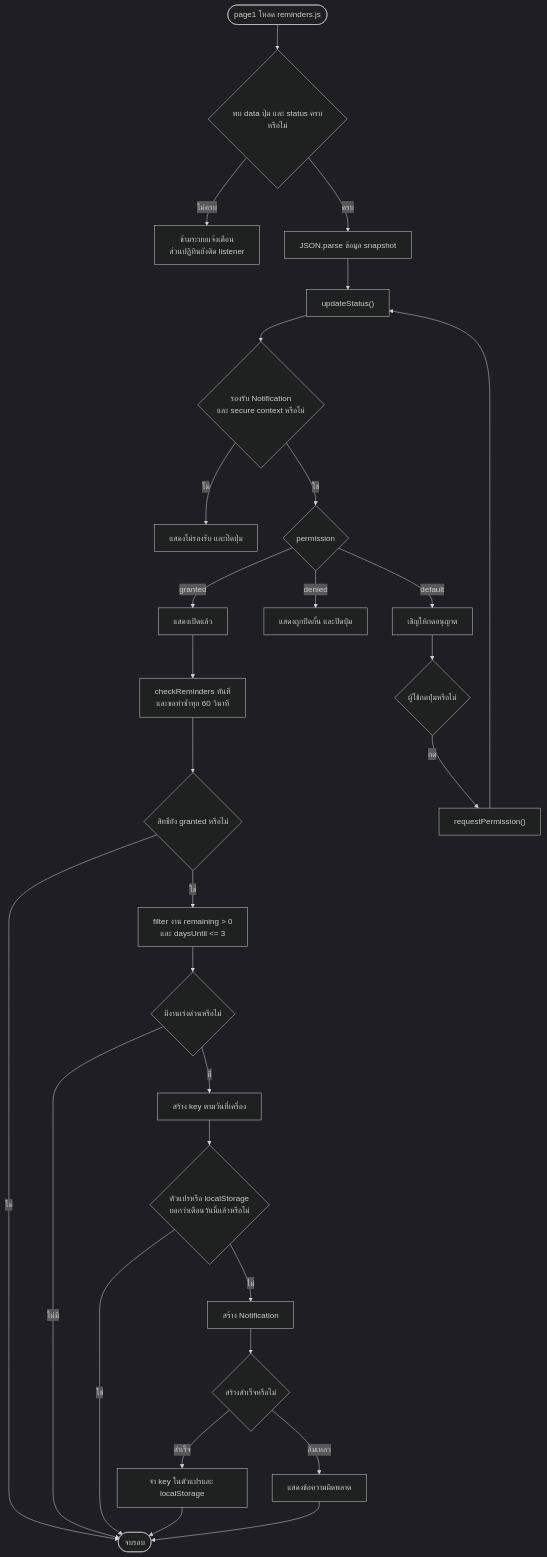
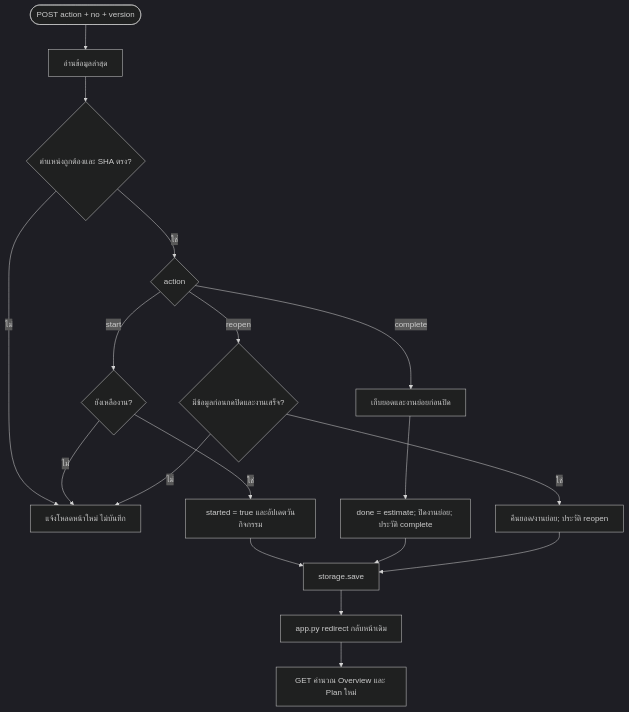
One commit to aiy157/ManagerTime changed the fourth of 10 diagrams in docs/presentation/FLOWCHARTS.md. Above: the diagram before and after it, drawn with Mermaid (dark theme). The commit also changed other lines of this file and 68 other files, not shown here.

````diff
--- a/docs/presentation/FLOWCHARTS.md
+++ b/docs/presentation/FLOWCHARTS.md
@@ -109,31 +63,20 @@
 ```mermaid
 flowchart TD
-    A(["page1 โหลด reminders.js"]) --> B{"พบ data ปุ่ม และ status ครบหรือไม่"}
-    B -->|ไม่ครบ| Z["ข้ามระบบแจ้งเตือน<br/>ส่วนปฏิทินยังติด listener"]
-    B -->|ครบ| C["JSON.parse ข้อมูล snapshot"]
-    C --> D["updateStatus()"]
-    D --> E{"รองรับ Notification<br/>และ secure context หรือไม่"}
-    E -->|ไม่| F["แสดงไม่รองรับ และปิดปุ่ม"]
-    E -->|ใช่| G{"permission"}
-    G -->|granted| H["แสดงเปิดแล้ว"]
-    G -->|denied| I["แสดงถูกปิดกั้น และปิดปุ่ม"]
-    G -->|default| J["เชิญให้กดอนุญาต"]
-    J --> K{"ผู้ใช้กดปุ่มหรือไม่"}
-    K -->|กด| L["requestPermission()"]
-    L --> D
-    H --> M["checkReminders ทันที<br/>และขอทำซ้ำทุก 60 วินาที"]
-    M --> N{"สิทธิ์ยัง granted หรือไม่"}
-    N -->|ไม่| Y(["จบรอบ"])
-    N -->|ใช่| O["filter งาน remaining > 0<br/>และ daysUntil <= 3"]
-    O --> P{"มีงานเร่งด่วนหรือไม่"}
-    P -->|ไม่มี| Y
-    P -->|มี| Q["สร้าง key ตามวันที่เครื่อง"]
-    Q --> R{"ตัวแปรหรือ localStorage<br/>บอกว่าเตือนวันนี้แล้วหรือไม่"}
-    R -->|ใช่| Y
-    R -->|ไม่| S["สร้าง Notification"]
-    S --> T{"สร้างสำเร็จหรือไม่"}
-    T -->|สำเร็จ| U["จำ key ในตัวแปรและ localStorage"]
-    T -->|ล้มเหลว| V["แสดงข้อความผิดพลาด"]
-    U --> Y
-    V --> Y
+    A(["POST action + no + version"]) --> B["อ่านข้อมูลล่าสุด"]
+    B --> C{"ตำแหน่งถูกต้องและ SHA ตรง?"}
+    C -->|ไม่| X["แจ้งโหลดหน้าใหม่ ไม่บันทึก"]
+    C -->|ใช่| D{"action"}
+    D -->|start| E{"ยังเหลืองาน?"}
+    E -->|ใช่| F["started = true และอัปเดตวันกิจกรรม"]
+    E -->|ไม่| X
+    D -->|complete| G["เก็บยอดและงานย่อยก่อนปิด"]
+    G --> H["done = estimate; ปิดงานย่อย; ประวัติ complete"]
+    D -->|reopen| I{"มีข้อมูลก่อนกดปิดและงานเสร็จ?"}
+    I -->|ไม่| X
+    I -->|ใช่| J["คืนยอด/งานย่อย; ประวัติ reopen"]
+    F --> S["storage.save"]
+    H --> S
+    J --> S
+    S --> R["app.py redirect กลับหน้าเดิม"]
+    R --> V["GET คำนวณ Overview และ Plan ใหม่"]
 ```
````
